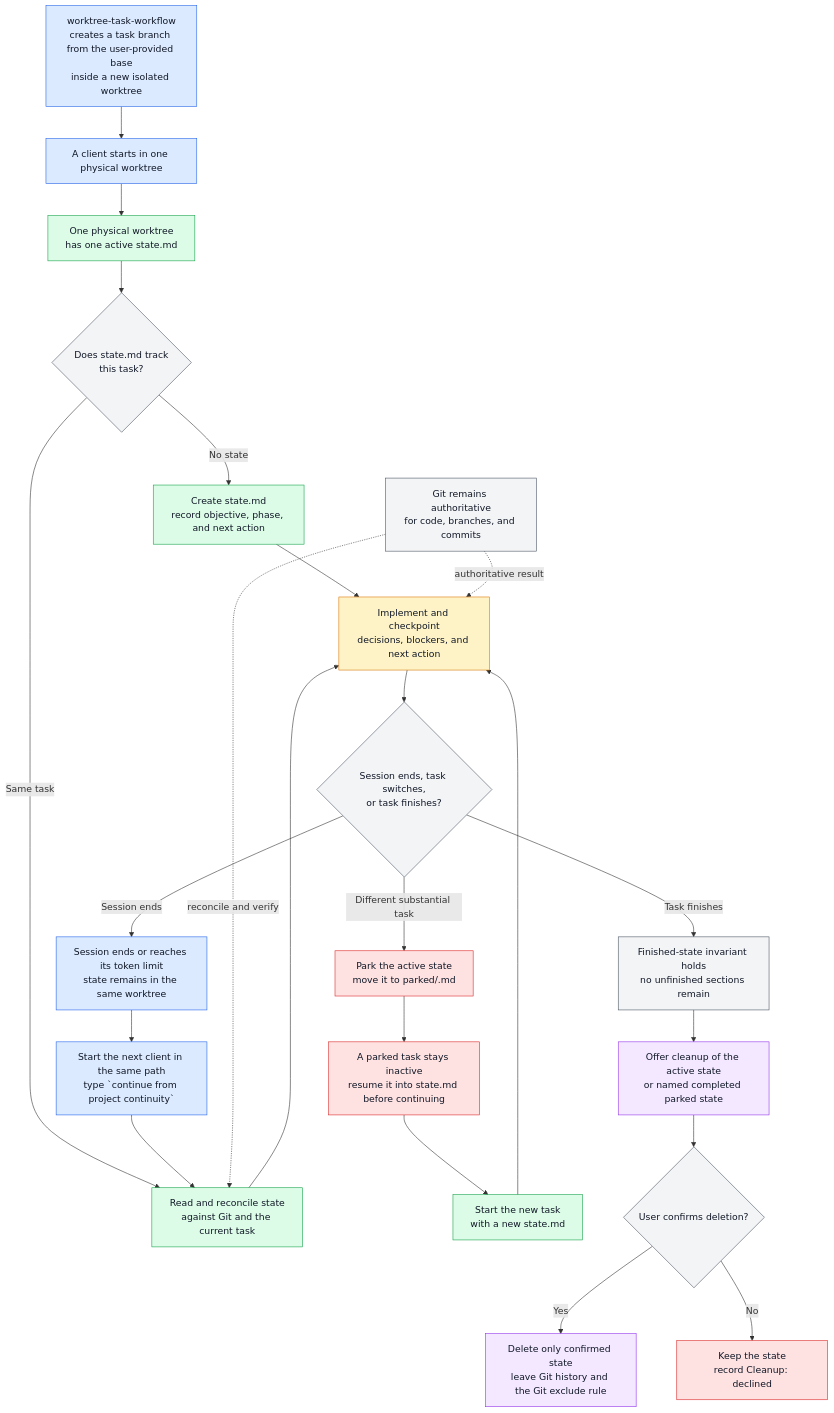
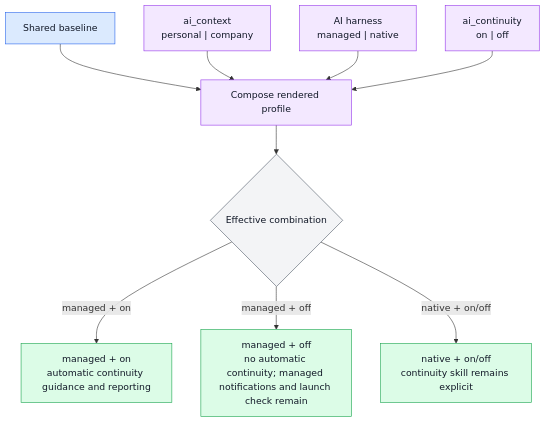
One commit to sherrilla71940/dotfiles changed the second of 4 diagrams in README.md. Above: the diagram before and after it, drawn with Mermaid. The commit also changed other lines of this file and 1 other file, not shown here.

Commit message:
docs(readme): refine architecture diagram labels

````diff
--- a/README.md
+++ b/README.md
@@ -287,42 +110,32 @@
 ```mermaid
-%%{init: {"flowchart": {"useMaxWidth": false, "nodeSpacing": 70, "rankSpacing": 55}}}%%
-flowchart TD
-    workflow["worktree-task-workflow<br/>creates a task branch from the user-provided base<br/>inside a new isolated worktree"]:::input
-    start["A client starts in one physical worktree"]:::input
-    scope["One physical worktree<br/>has one active state.md"]:::output
-    check{"Does state.md track<br/>this task?"}:::control
-    create["Create state.md<br/>record objective, phase, and next action"]:::output
-    resume["Read and reconcile state<br/>against Git and the current task"]:::output
-    work["Implement and checkpoint<br/>decisions, blockers, and next action"]:::work
-    event{"Session ends, task switches,<br/>or task finishes?"}:::control
-    handoff["Session ends or reaches its token limit<br/>state remains in the same worktree"]:::input
-    nextClient["Start the next client in the same path<br/>type `continue from project continuity`"]:::input
-    park["Park the active state<br/>move it to parked/<slug>.md"]:::exception
-    parkedRule["A parked task stays inactive<br/>resume it into state.md before continuing"]:::exception
-    newState["Start the new task<br/>with a new state.md"]:::output
-    complete["Finished-state invariant holds<br/>no unfinished sections remain"]:::control
-    offer["Offer cleanup of the active state<br/>or named completed parked state"]:::orchestration
-    confirm{"User confirms deletion?"}:::control
-    delete["Delete only confirmed state<br/>leave Git history and the Git exclude rule"]:::orchestration
-    retain["Keep the state<br/>record Cleanup: declined"]:::exception
-    git["Git remains authoritative<br/>for code, branches, and commits"]:::control
+flowchart TB
+    baseline["Shared baseline"]:::base
+    context["ai_context<br/>personal | company"]:::choice
+    harness["AI harness<br/>managed | native"]:::choice
+    continuity["ai_continuity<br/>on | off"]:::choice
+    compose["Compose rendered profile"]:::process
+    effective{"Effective combination"}:::check
+    managedOn["managed + on<br/>automatic continuity guidance and reporting"]:::result
+    managedOff["managed + off<br/>no automatic continuity; managed notifications and launch check remain"]:::result
+    native["native + on/off<br/>continuity skill remains explicit"]:::result
 
-    workflow --> start --> scope --> check
-    check -->|"No state"| create --> work
-    check -->|"Same task"| resume --> work
-    work --> event
-    event -->|"Session ends"| handoff --> nextClient --> resume
-    event -->|"Different substantial task"| park --> parkedRule --> newState --> work
-    event -->|"Task finishes"| complete --> offer --> confirm
-    confirm -->|"Yes"| delete
-    confirm -->|"No"| retain
-    git -.->|"reconcile and verify"| resume
-    git -.->|"authoritative result"| work
+    baseline --> compose
+    context --> compose
+    harness --> compose
+    continuity --> compose
+    compose --> effective
+    effective -->|"managed + on"| managedOn
+    effective -->|"managed + off"| managedOff
+    effective -->|"native + on/off"| native
 
-    classDef input fill:#dbeafe,stroke:#2563eb,color:#111827
-    classDef orchestration fill:#f3e8ff,stroke:#9333ea,color:#111827
-    classDef output fill:#dcfce7,stroke:#16a34a,color:#111827
-    classDef work fill:#fef3c7,stroke:#d97706,color:#111827
-    classDef control fill:#f3f4f6,stroke:#4b5563,color:#111827
-    classDef exception fill:#fee2e2,stroke:#dc2626,color:#111827
+    classDef base fill:#dbeafe,stroke:#2563eb,color:#111827
+    classDef choice fill:#f3e8ff,stroke:#9333ea,color:#111827
+    classDef process fill:#f3e8ff,stroke:#9333ea,color:#111827
+    classDef check fill:#f3f4f6,stroke:#4b5563,color:#111827
+    classDef result fill:#dcfce7,stroke:#16a34a,color:#111827
+    class baseline base
+    class context,harness,continuity choice
+    class compose process
+    class effective check
+    class managedOn,managedOff,native result
 ```
````
